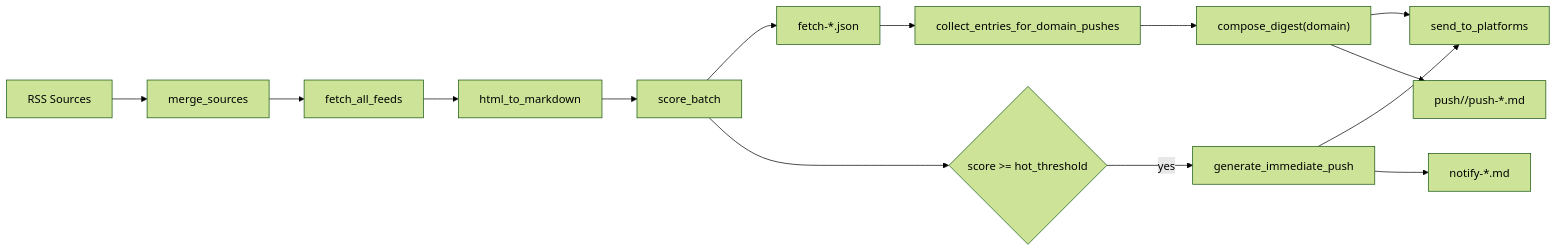
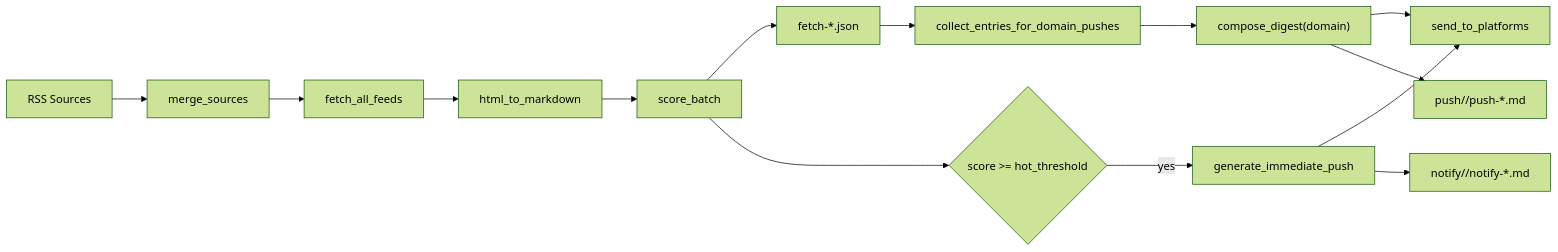
Before and after one commit to David-Su/ai-daily: the diagram in docs/tech-spec.md, drawn with Mermaid (forest theme). The commit also changed other lines of this file and 8 other files, not shown here.

````diff
--- a/docs/tech-spec.md
+++ b/docs/tech-spec.md
@@ -43,16 +43,16 @@
 ```mermaid
 flowchart LR
     A["RSS Sources"] --> B["merge_sources"]
     B --> C["fetch_all_feeds"]
     C --> D["html_to_markdown"]
     D --> E["score_batch"]
     E --> F["fetch-*.json"]
     E --> G{"score >= hot_threshold"}
     G -->|yes| H["generate_immediate_push"]
     H --> I["send_to_platforms"]
-    H --> J["notify-*.md"]
+    H --> J["notify/<domain>/notify-*.md"]
     F --> K["collect_entries_for_domain_pushes"]
     K --> L["compose_digest(domain)"]
     L --> I
     L --> M["push/<domain>/push-*.md"]
 ```
````
